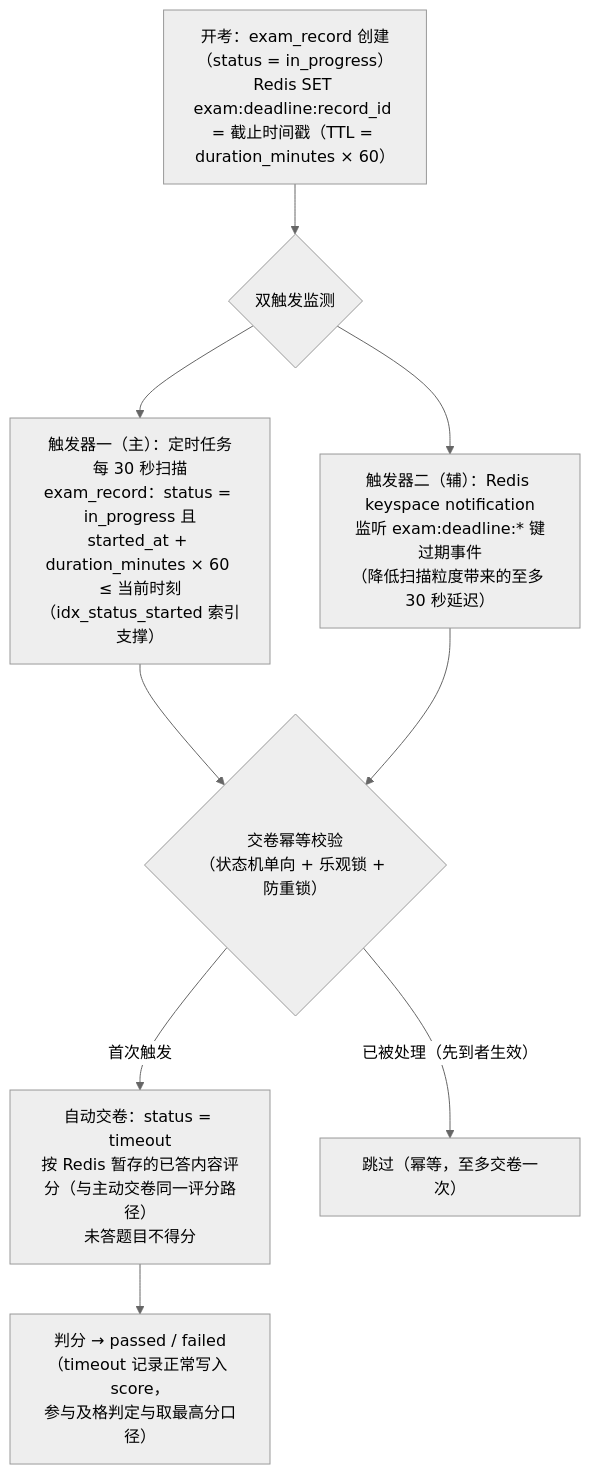
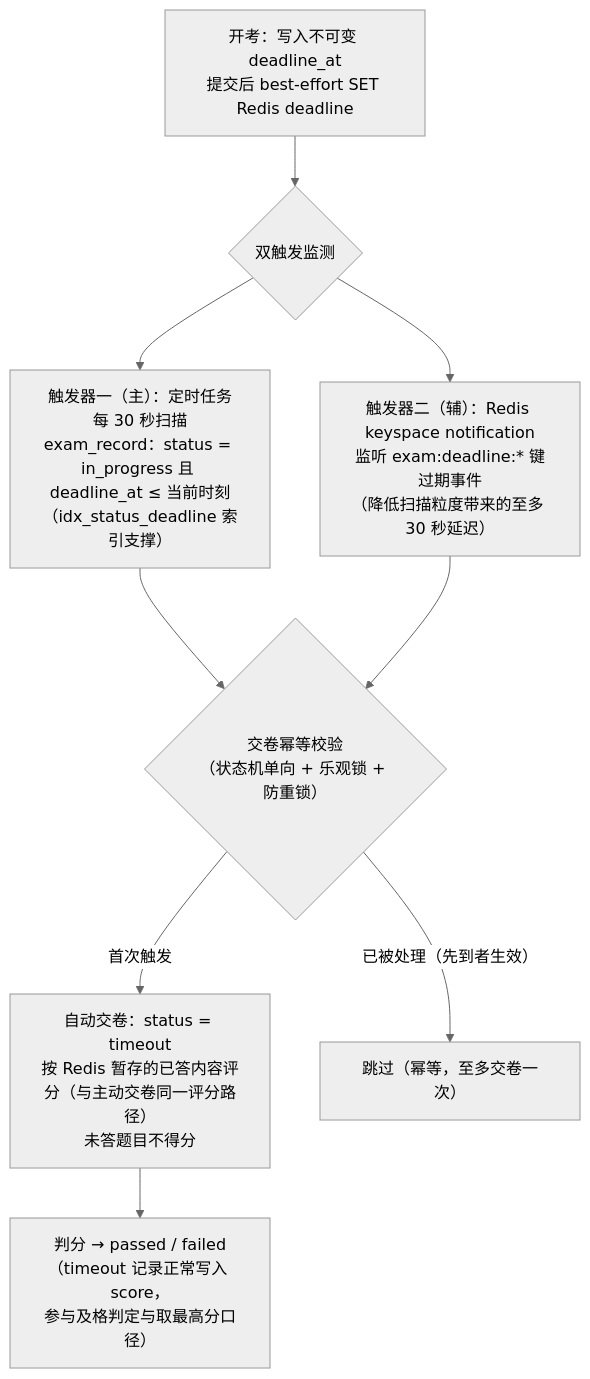
Diagram 13 of 23 in docs/design/06-关键流程.md (caoguanjie/emodor-exam), drawn with Mermaid (neutral theme) before and after one commit. The commit also changed other lines of this file and 19 other files, not shown here.

````diff
--- a/docs/design/06-关键流程.md
+++ b/docs/design/06-关键流程.md
@@ -747,11 +751,11 @@
 ```mermaid
 flowchart TB
-    START["开考：exam_record 创建（status = in_progress）<br/>Redis SET exam:deadline:record_id = 截止时间戳（TTL = duration_minutes × 60）"] --> DUAL{"双触发监测"}
-    DUAL --> T1["触发器一（主）：定时任务每 30 秒扫描<br/>exam_record：status = in_progress 且<br/>started_at + duration_minutes × 60 ≤ 当前时刻<br/>（idx_status_started 索引支撑）"]
+    START["开考：写入不可变 deadline_at<br/>提交后 best-effort SET Redis deadline"] --> DUAL{"双触发监测"}
+    DUAL --> T1["触发器一（主）：定时任务每 30 秒扫描<br/>exam_record：status = in_progress 且 deadline_at ≤ 当前时刻<br/>（idx_status_deadline 索引支撑）"]
     DUAL --> T2["触发器二（辅）：Redis keyspace notification<br/>监听 exam:deadline:* 键过期事件<br/>（降低扫描粒度带来的至多 30 秒延迟）"]
     T1 --> ID{"交卷幂等校验<br/>（状态机单向 + 乐观锁 + 防重锁）"}
     T2 --> ID
     ID -->|"首次触发"| AUTO["自动交卷：status = timeout<br/>按 Redis 暂存的已答内容评分（与主动交卷同一评分路径）<br/>未答题目不得分"]
     ID -->|"已被处理（先到者生效）"| SKIP["跳过（幂等，至多交卷一次）"]
     AUTO --> GRADE["判分 → passed / failed（timeout 记录正常写入 score，<br/>参与及格判定与取最高分口径）"]
 ```
````
